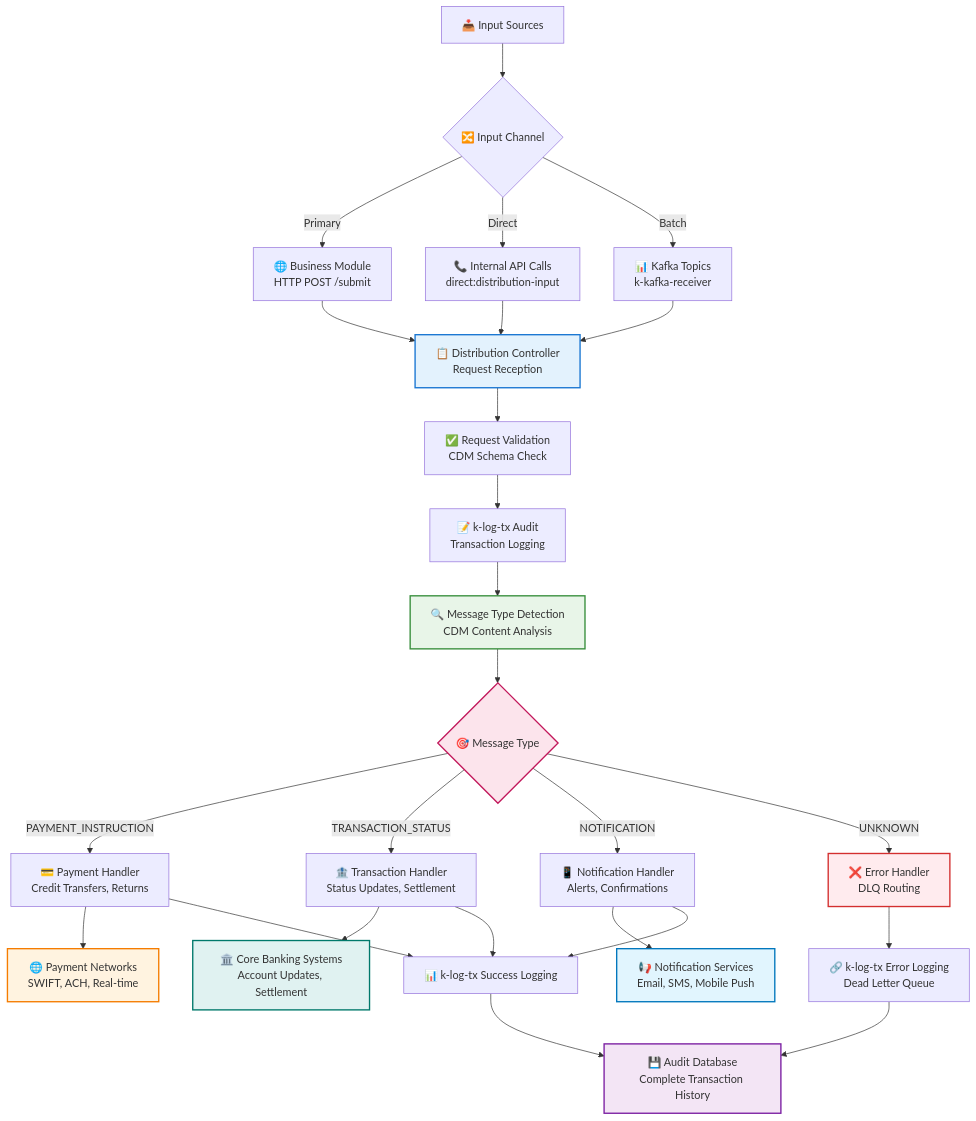
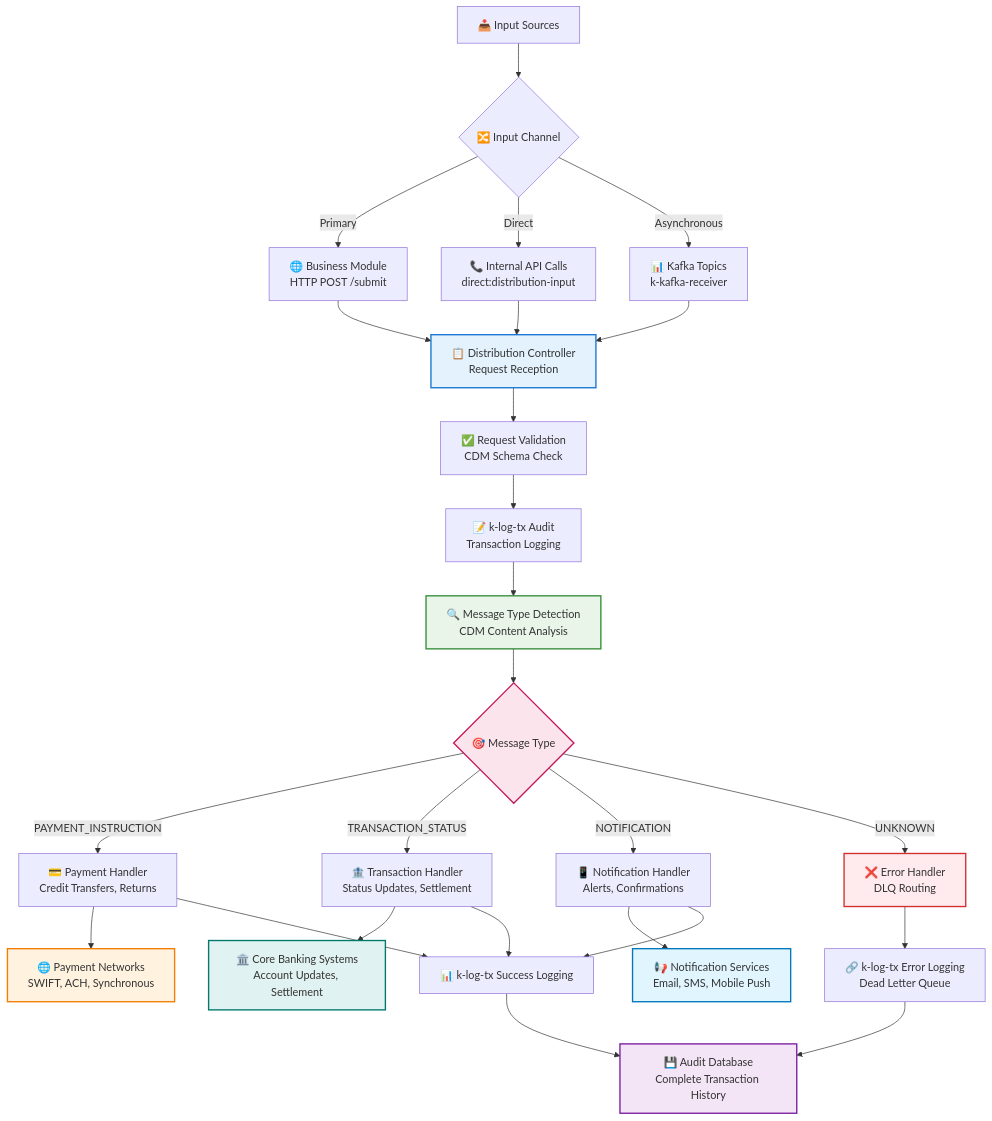
The second of 2 diagrams in distribution/README.md (nasreddine1985/pixel-v2), drawn with Mermaid before and after one commit. The commit also changed other lines of this file and 8 other files, not shown here.

Commit message:
(docs) update batch, real time expression by synchronous and asynchronous expression

````diff
--- a/distribution/README.md
+++ b/distribution/README.md
@@ -55,49 +55,49 @@
 ```mermaid
 flowchart TB
     A[📥 Input Sources]
 
     A --> B{🔀 Input Channel}
 
     B -->|Primary| C[🌐 Business Module<br/>HTTP POST /submit]
     B -->|Direct| D[📞 Internal API Calls<br/>direct:distribution-input]
-    B -->|Batch| E[📊 Kafka Topics<br/>k-kafka-receiver]
+    B -->|Asynchronous| E[📊 Kafka Topics<br/>k-kafka-receiver]
 
     C --> F[📋 Distribution Controller<br/>Request Reception]
     D --> F
     E --> F
 
     F --> G[✅ Request Validation<br/>CDM Schema Check]
 
     G --> H[📝 k-log-tx Audit<br/>Transaction Logging]
 
     H --> I[🔍 Message Type Detection<br/>CDM Content Analysis]
 
     I --> J{🎯 Message Type}
 
     J -->|PAYMENT_INSTRUCTION| K[💳 Payment Handler<br/>Credit Transfers, Returns]
     J -->|TRANSACTION_STATUS| L[🏦 Transaction Handler<br/>Status Updates, Settlement]
     J -->|NOTIFICATION| M[📱 Notification Handler<br/>Alerts, Confirmations]
     J -->|UNKNOWN| N[❌ Error Handler<br/>DLQ Routing]
 
-    K --> O[🌐 Payment Networks<br/>SWIFT, ACH, Real-time]
+    K --> O[🌐 Payment Networks<br/>SWIFT, ACH, Synchronous]
     L --> P[🏛️ Core Banking Systems<br/>Account Updates, Settlement]
     M --> Q[📢 Notification Services<br/>Email, SMS, Mobile Push]
     N --> R[🔗 k-log-tx Error Logging<br/>Dead Letter Queue]
 
     K --> S[📊 k-log-tx Success Logging]
     L --> S
     M --> S
 
     S --> T[💾 Audit Database<br/>Complete Transaction History]
     R --> T
 
     %% Styling
     style F fill:#e3f2fd,stroke:#1976d2,stroke-width:2px
     style I fill:#e8f5e8,stroke:#388e3c,stroke-width:2px
     style J fill:#fce4ec,stroke:#c2185b,stroke-width:2px
     style O fill:#fff3e0,stroke:#f57c00,stroke-width:2px
     style P fill:#e0f2f1,stroke:#00796b,stroke-width:2px
     style Q fill:#e1f5fe,stroke:#0277bd,stroke-width:2px
     style N fill:#ffebee,stroke:#d32f2f,stroke-width:2px
     style T fill:#f3e5f5,stroke:#7b1fa2,stroke-width:2px
 ```
````
